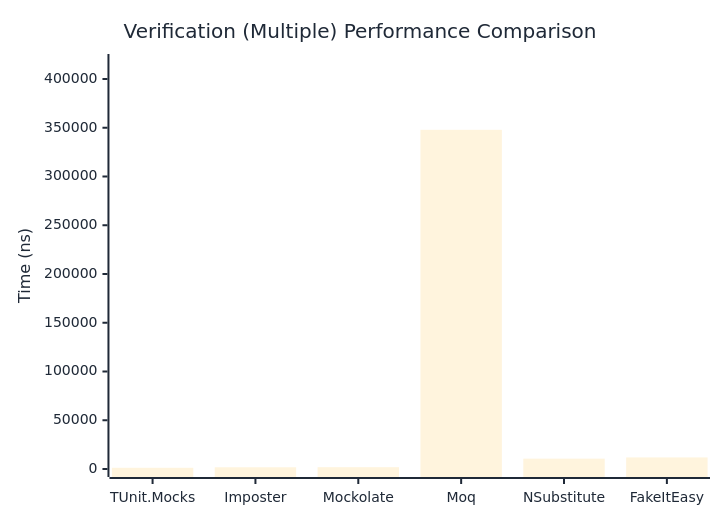
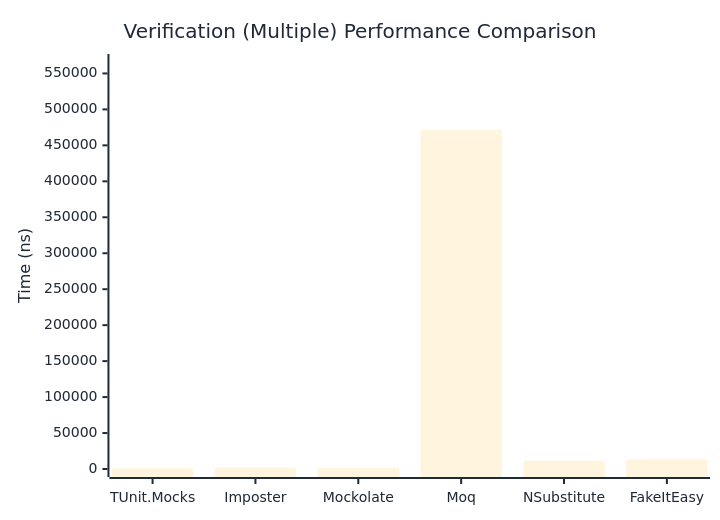
One commit to thomhurst/TUnit changed the third of 3 diagrams in docs/docs/benchmarks/mocks/Verification.md. Above: the diagram before and after it, drawn with Mermaid. The commit also changed other lines of this file and 14 other files, not shown here.

````diff
--- a/docs/docs/benchmarks/mocks/Verification.md
+++ b/docs/docs/benchmarks/mocks/Verification.md
@@ -110,27 +110,27 @@
 ```mermaid
 %%{init: {
   'theme':'base',
   'themeVariables': {
     'primaryColor': '#2563eb',
     'primaryTextColor': '#1f2937',
     'primaryBorderColor': '#1e40af',
     'lineColor': '#6b7280',
     'secondaryColor': '#7c3aed',
     'tertiaryColor': '#dc2626',
     'background': '#ffffff',
     'pie1': '#2563eb',
     'pie2': '#7c3aed',
     'pie3': '#dc2626',
     'pie4': '#f59e0b',
     'pie5': '#10b981',
     'pie6': '#06b6d4',
     'pie7': '#ec4899',
     'pie8': '#6366f1'
   }
 }}%%
 xychart-beta
   title "Verification (Multiple) Performance Comparison"
   x-axis ["TUnit.Mocks", "Imposter", "Mockolate", "Moq", "NSubstitute", "FakeItEasy"]
-  y-axis "Time (ns)" 0 --> 417428
-  bar [1248.17, 1755.7, 1857.64, 347856.4, 10614.17, 11868.98]
+  y-axis "Time (ns)" 0 --> 565904
+  bar [1133.94, 1888.49, 1846.36, 471586.64, 11546.98, 13260.04]
 ```
````
